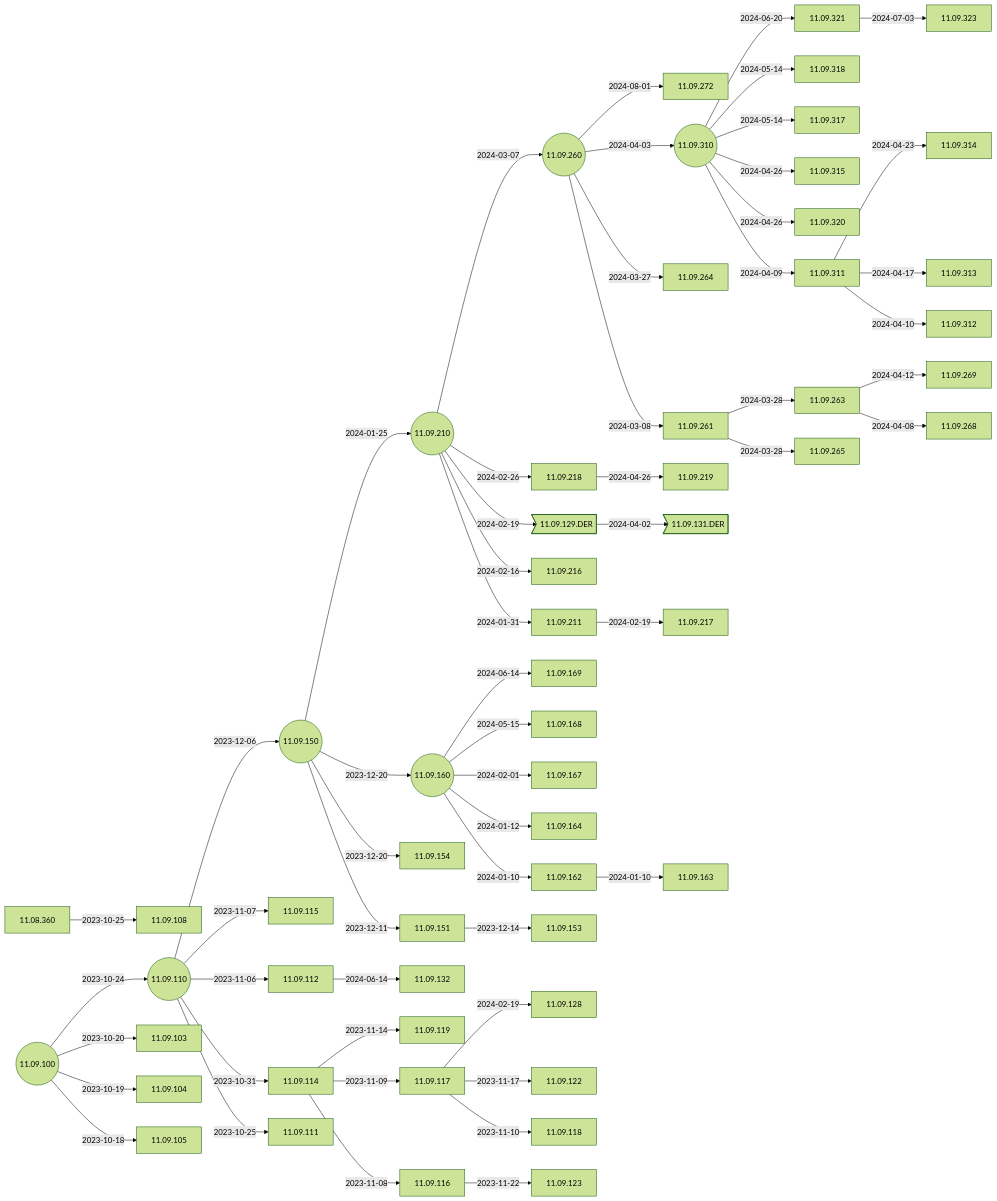
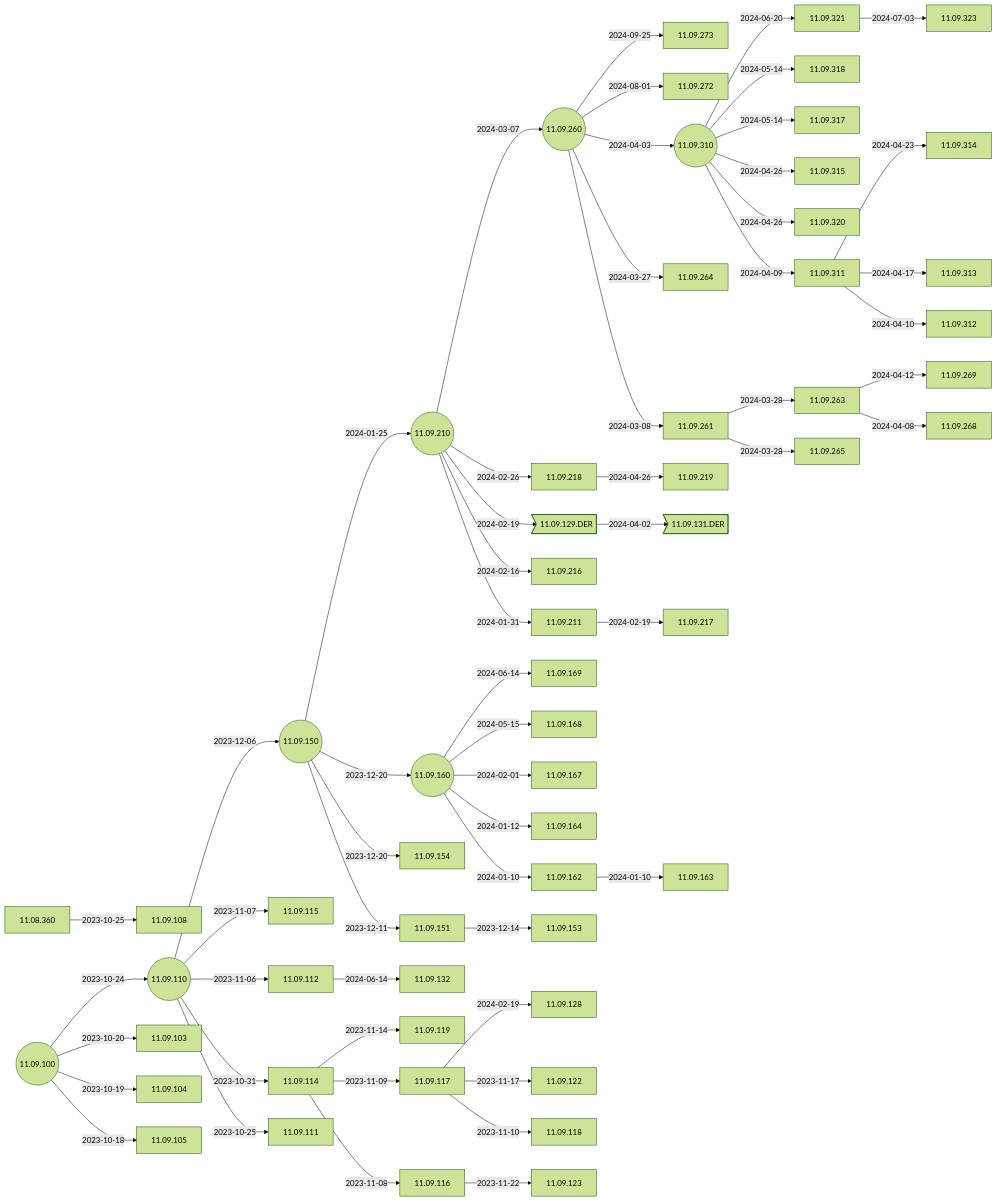
The third of 6 diagrams in docs/Docs/ReleaseNotes/01-OS11/README.md (IGEL-Community/IGEL-Docs-v02), drawn with Mermaid (forest theme) before and after one commit. The commit also changed 2 other files, not shown here.

Commit message:
11.09.273 < 11.09.260 11.09.273 < 11.09.260

````diff
--- a/docs/Docs/ReleaseNotes/01-OS11/README.md
+++ b/docs/Docs/ReleaseNotes/01-OS11/README.md
@@ -109,5 +109,6 @@
 ```mermaid
 flowchart LR
+    11.09.260-- 2024-09-25 -->11.09.273
     11.09.260-- 2024-08-01 -->11.09.272
     11.09.321-- 2024-07-03 -->11.09.323
     11.09.310-- 2024-06-20 -->11.09.321
@@ -164,6 +165,7 @@
     11.09.100-- 2023-10-19 -->11.09.104
     11.09.100-- 2023-10-18 -->11.09.105
     11.09.100((11.09.100))
+    click 11.09.273 "https://github.com/IGEL-Community/IGEL-Docs-v02/tree/main/docs/Docs/ReleaseNotes/01-OS11/readme11.09.273.txt" _blank
     click 11.09.272 "https://github.com/IGEL-Community/IGEL-Docs-v02/tree/main/docs/Docs/ReleaseNotes/01-OS11/readme11.09.272.txt" _blank
     click 11.09.323 "https://github.com/IGEL-Community/IGEL-Docs-v02/tree/main/docs/Docs/ReleaseNotes/01-OS11/readme11.09.323.txt" _blank
     click 11.09.321 "https://github.com/IGEL-Community/IGEL-Docs-v02/tree/main/docs/Docs/ReleaseNotes/01-OS11/readme11.09.321.txt" _blank
````
